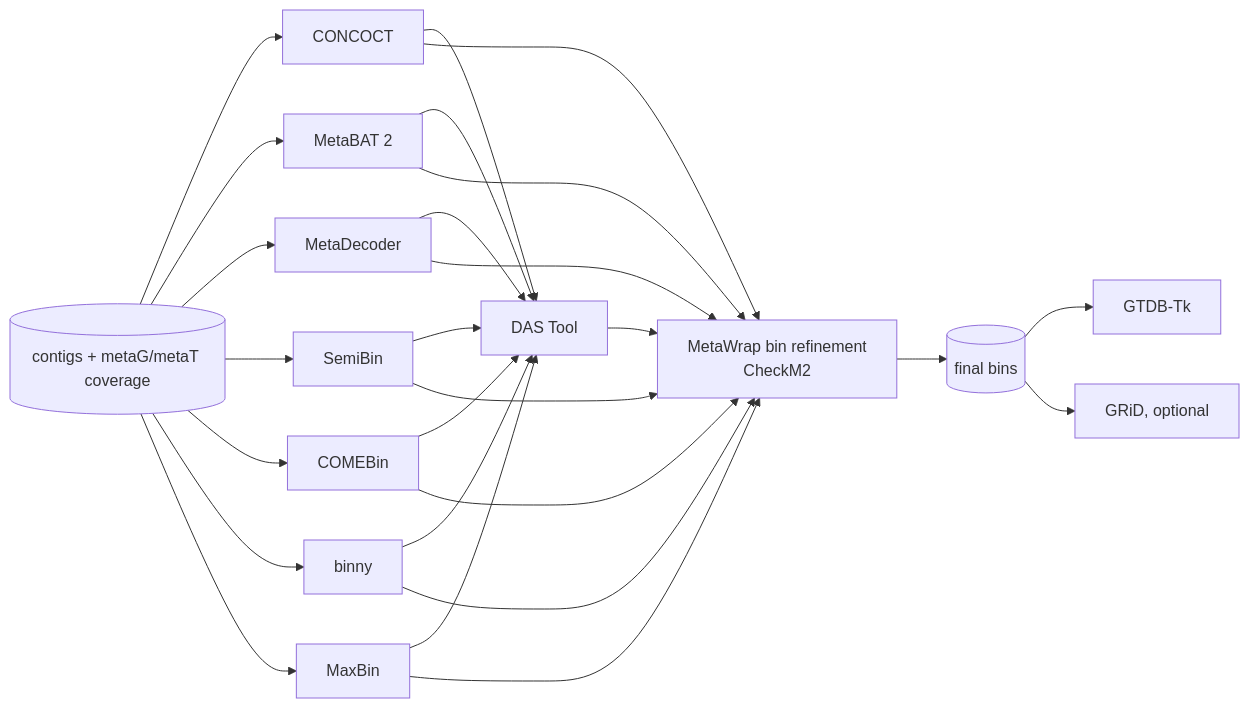
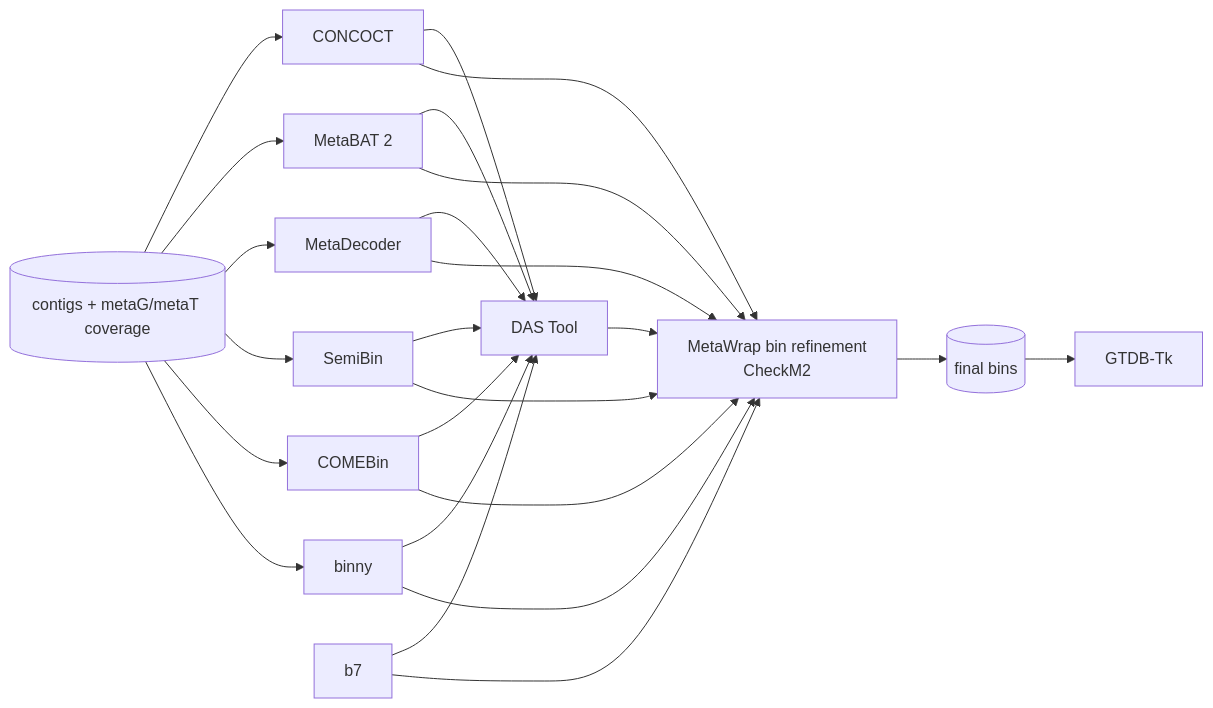
Before and after one commit to genomeanalysislcsb/IMP3: the diagram in docs/steps/binning.md, drawn with Mermaid. The commit also changed other lines of this file and 78 other files, not shown here.

````diff
--- a/docs/steps/binning.md
+++ b/docs/steps/binning.md
@@ -6,8 +6,8 @@
 ```mermaid
 flowchart LR
-  c[(contigs + metaG/metaT coverage)] --> b1[CONCOCT] & b2[MetaBAT 2] & b3[MetaDecoder] & b4[SemiBin] & b5[COMEBin] & b6[binny] & b7[MaxBin]
+  c[(contigs + metaG/metaT coverage)] --> b1[CONCOCT] & b2[MetaBAT 2] & b3[MetaDecoder] & b4[SemiBin] & b5[COMEBin] & b6[binny]
   b1 & b2 & b3 & b4 & b5 & b6 & b7 --> das[DAS Tool]
   b1 & b2 & b3 & b4 & b5 & b6 & b7 --> mw[MetaWrap bin refinement<br/>CheckM2]
   das --> mw
-  mw --> fin[(final bins)] --> gt[GTDB-Tk] & grid[GRiD, optional]
+  mw --> fin[(final bins)] --> gt[GTDB-Tk]
 ```
````
